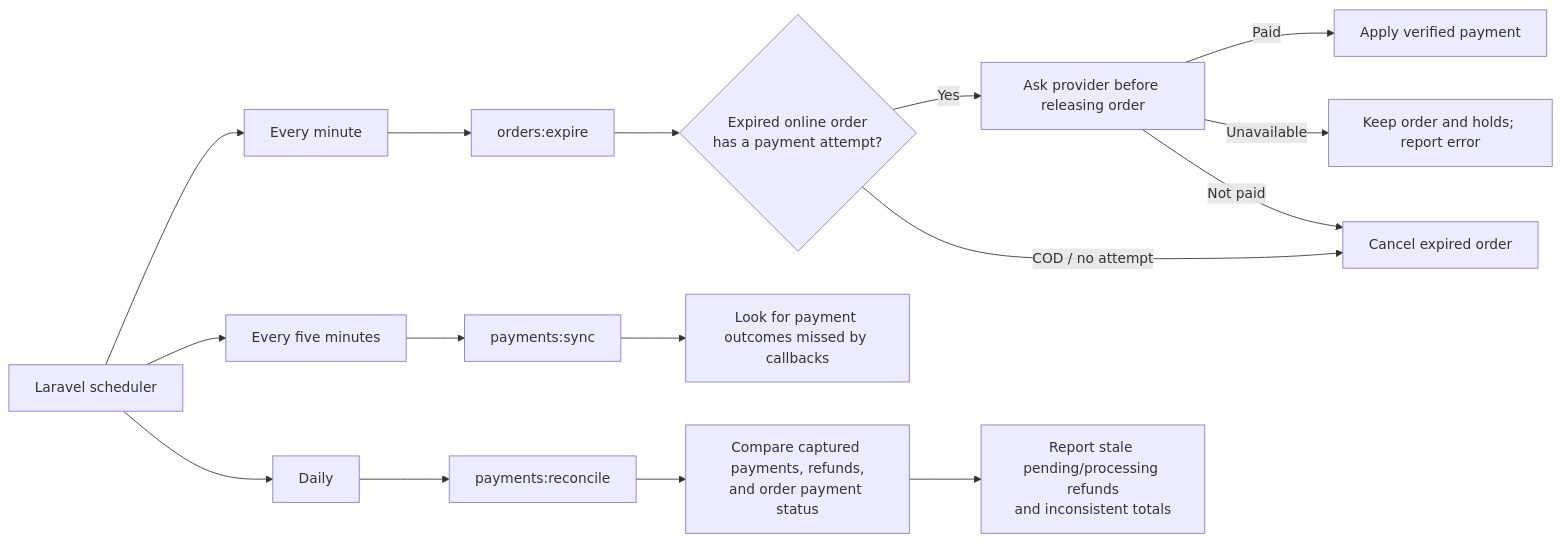
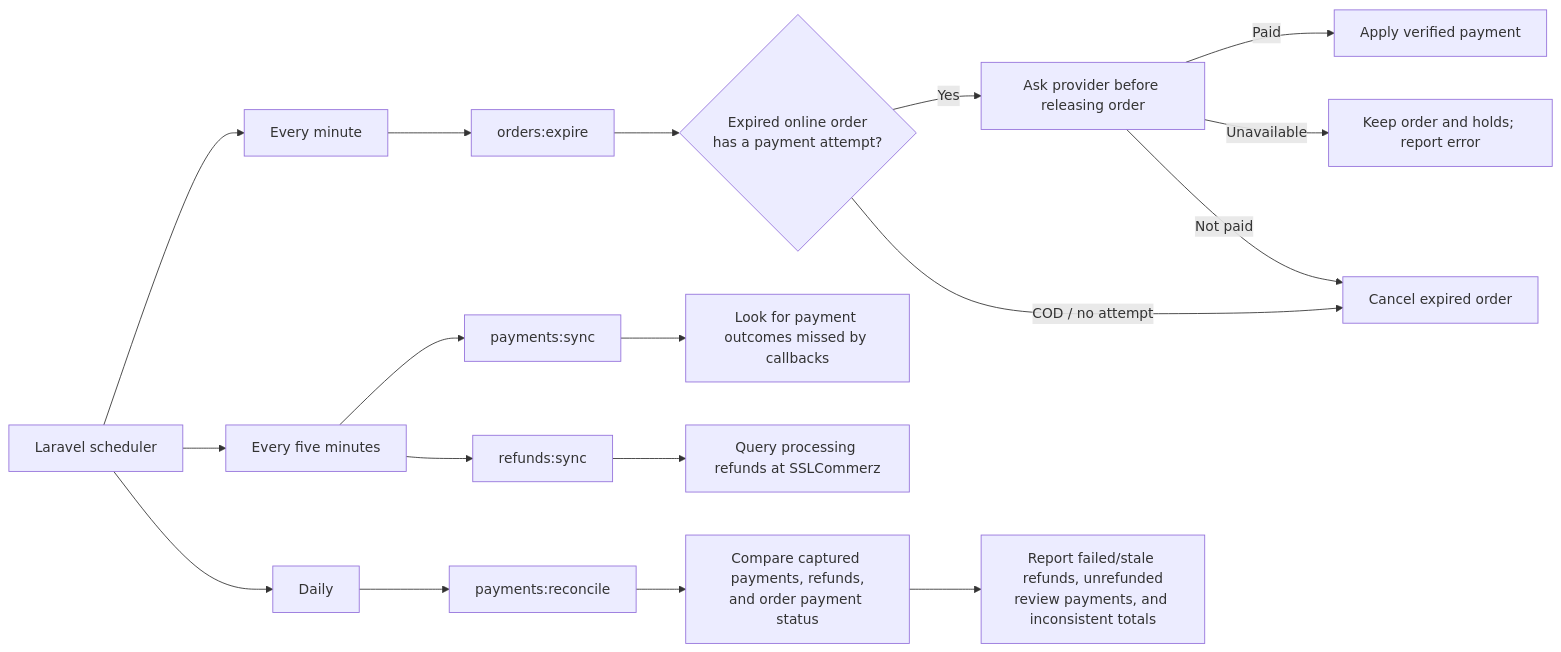
Before and after one commit to nasarAtikUllah/laravel-practice: the fourth of 4 diagrams in docs/order-payment-refund-flows.md, drawn with Mermaid. The commit also changed other lines of this file and 22 other files, not shown here.

Commit message:
Fix the issues of:- Order stuck at refund_pending. A processing refund never finishes. payments-reconcile has gaps.

````diff
--- a/docs/order-payment-refund-flows.md
+++ b/docs/order-payment-refund-flows.md
@@ -136,20 +144,22 @@
 ```mermaid
 flowchart LR
     Scheduler["Laravel scheduler"] --> EveryMinute["Every minute"]
     EveryMinute --> Expire["orders:expire"]
     Expire --> OnlineCheck{"Expired online order<br/>has a payment attempt?"}
     OnlineCheck -->|Yes| ProviderCheck["Ask provider before releasing order"]
     ProviderCheck -->|Paid| ApplyPayment["Apply verified payment"]
     ProviderCheck -->|Unavailable| Keep["Keep order and holds; report error"]
     ProviderCheck -->|Not paid| Cancel["Cancel expired order"]
     OnlineCheck -->|COD / no attempt| Cancel
 
     Scheduler --> FiveMin["Every five minutes"]
     FiveMin --> Sync["payments:sync"]
     Sync --> Missed["Look for payment outcomes missed by callbacks"]
+    FiveMin --> RefundSync["refunds:sync"]
+    RefundSync --> RefundStatus["Query processing refunds at SSLCommerz"]
 
     Scheduler --> Daily["Daily"]
     Daily --> Reconcile["payments:reconcile"]
     Reconcile --> CheckTotals["Compare captured payments, refunds,<br/>and order payment status"]
-    CheckTotals --> Flag["Report stale pending/processing refunds<br/>and inconsistent totals"]
+    CheckTotals --> Flag["Report failed/stale refunds, unrefunded<br/>review payments, and inconsistent totals"]
 ```
````
